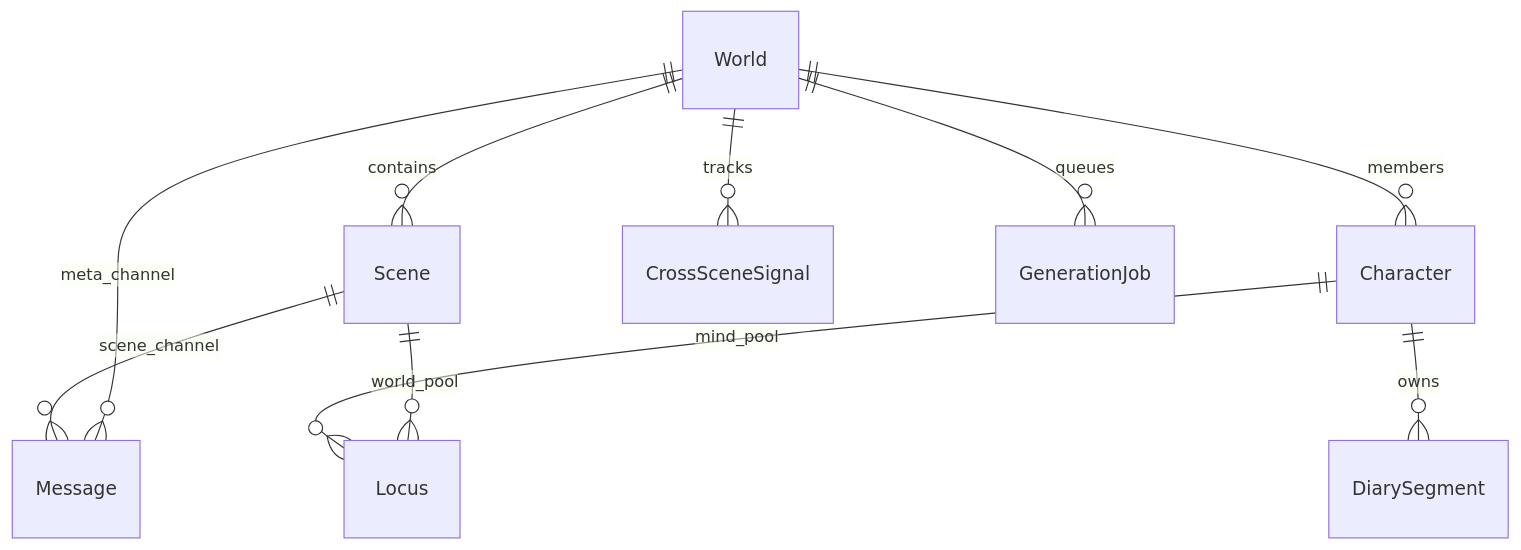
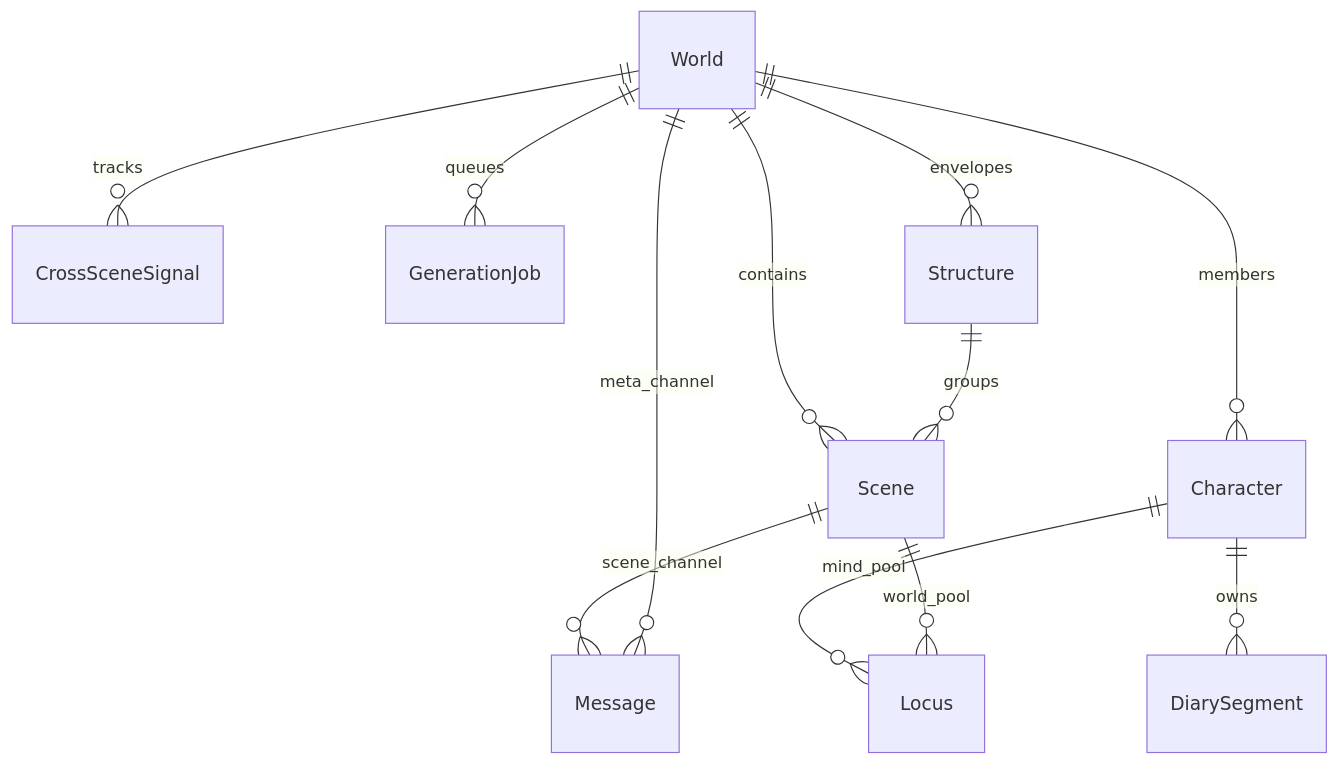
The diagram in docs/11-data-model.md (claywar/Altrasia), drawn with Mermaid before and after one commit. The commit also changed other lines of this file and 7 other files, not shown here.

````diff
--- a/docs/11-data-model.md
+++ b/docs/11-data-model.md
@@ -16,12 +16,14 @@
 ```mermaid
 erDiagram
   World ||--o{ Scene : contains
   World ||--o{ Character : members
   Scene ||--o{ Message : scene_channel
   World ||--o{ Message : meta_channel
   Character ||--o{ Locus : mind_pool
   Scene ||--o{ Locus : world_pool
   Character ||--o{ DiarySegment : owns
   World ||--o{ CrossSceneSignal : tracks
   World ||--o{ GenerationJob : queues
+  World ||--o{ Structure : envelopes
+  Structure ||--o{ Scene : groups
 ```
````
